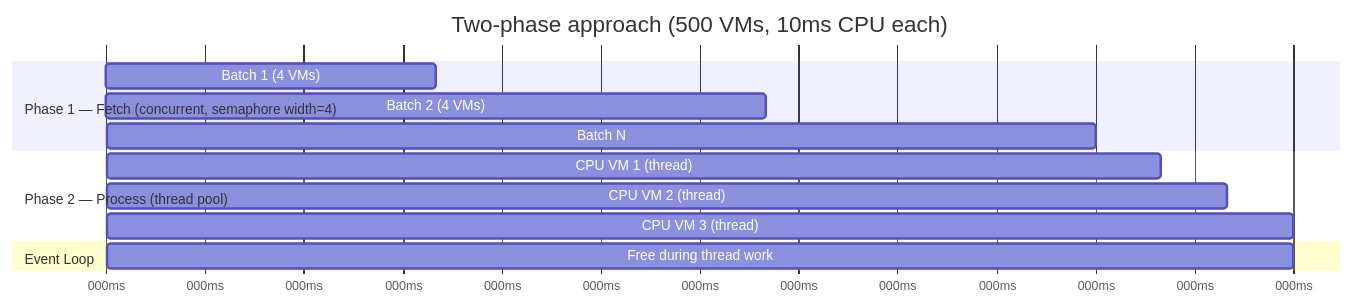
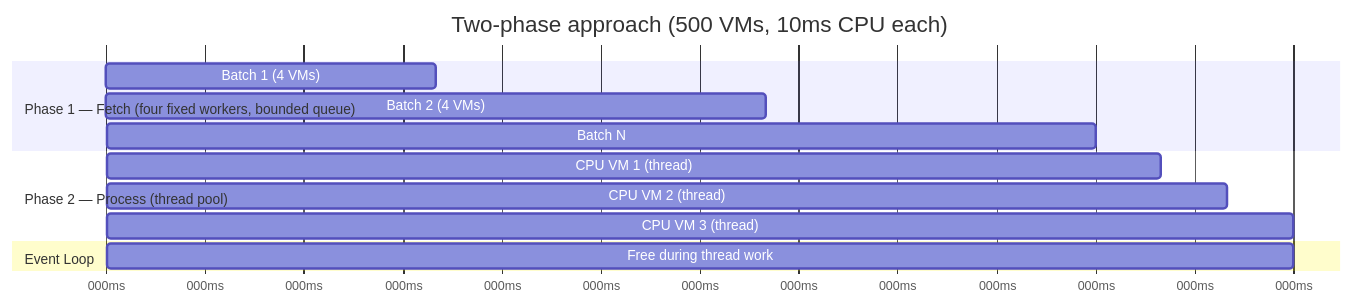
One commit to emersonfelipesp/proxbox-api changed the second of 3 diagrams in docs/development/async-two-phase-batch.md. Above: the diagram before and after it, drawn with Mermaid. The commit also changed other lines of this file and 52 other files, not shown here.

````diff
--- a/docs/development/async-two-phase-batch.md
+++ b/docs/development/async-two-phase-batch.md
@@ -92,17 +112,17 @@
 ```mermaid
 gantt
     title Two-phase approach (500 VMs, 10ms CPU each)
     dateFormat X
     axisFormat %Lms
 
-    section Phase 1 — Fetch (concurrent, semaphore width=4)
+    section Phase 1 — Fetch (four fixed workers, bounded queue)
     Batch 1 (4 VMs) : 0, 50
     Batch 2 (4 VMs) : 50, 100
     Batch N         : 100, 150
     section Phase 2 — Process (thread pool)
     CPU VM 1 (thread) : 150, 160
     CPU VM 2 (thread) : 160, 170
     CPU VM 3 (thread) : 170, 180
     section Event Loop
     Free during thread work : 150, 180
 ```
````
